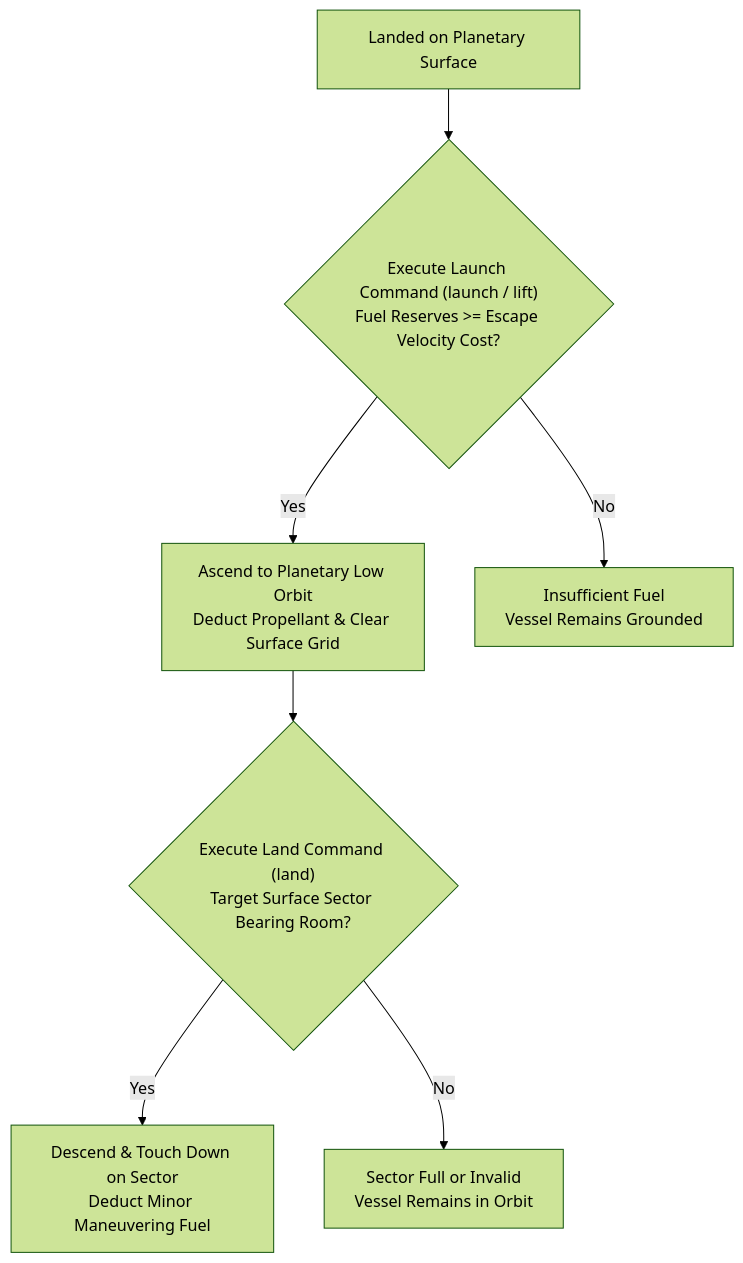
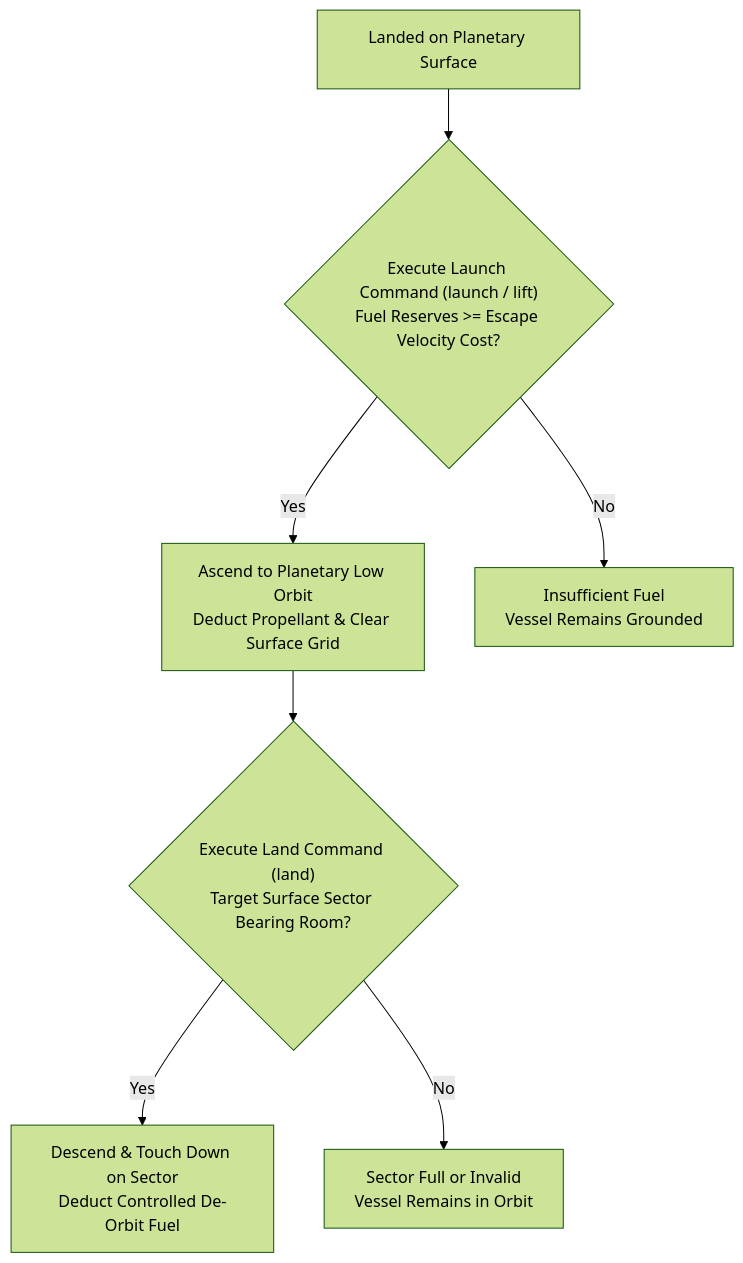
One commit to kaladron/galactic-bloodshed changed the fourth of 6 diagrams in docs/navigation.md. Above: the diagram before and after it, drawn with Mermaid (forest theme). The commit also changed other lines of this file and 3 other files, not shown here.

````diff
--- a/docs/navigation.md
+++ b/docs/navigation.md
@@ -83,10 +84,10 @@
 ```mermaid
 flowchart TD
     Surface["Landed on Planetary Surface"] --> Launch{"Execute Launch Command (launch / lift)\nFuel Reserves >= Escape Velocity Cost?"}
     Launch -->|Yes| LowOrbit["Ascend to Planetary Low Orbit\nDeduct Propellant & Clear Surface Grid"]
     Launch -->|No| Grounded["Insufficient Fuel\nVessel Remains Grounded"]
     
     LowOrbit --> Land{"Execute Land Command (land)\nTarget Surface Sector Bearing Room?"}
-    Land -->|Yes| Touchdown["Descend & Touch Down on Sector\nDeduct Minor Maneuvering Fuel"]
+    Land -->|Yes| Touchdown["Descend & Touch Down on Sector\nDeduct Controlled De-Orbit Fuel"]
     Land -->|No| Abort["Sector Full or Invalid\nVessel Remains in Orbit"]
 ```
````
